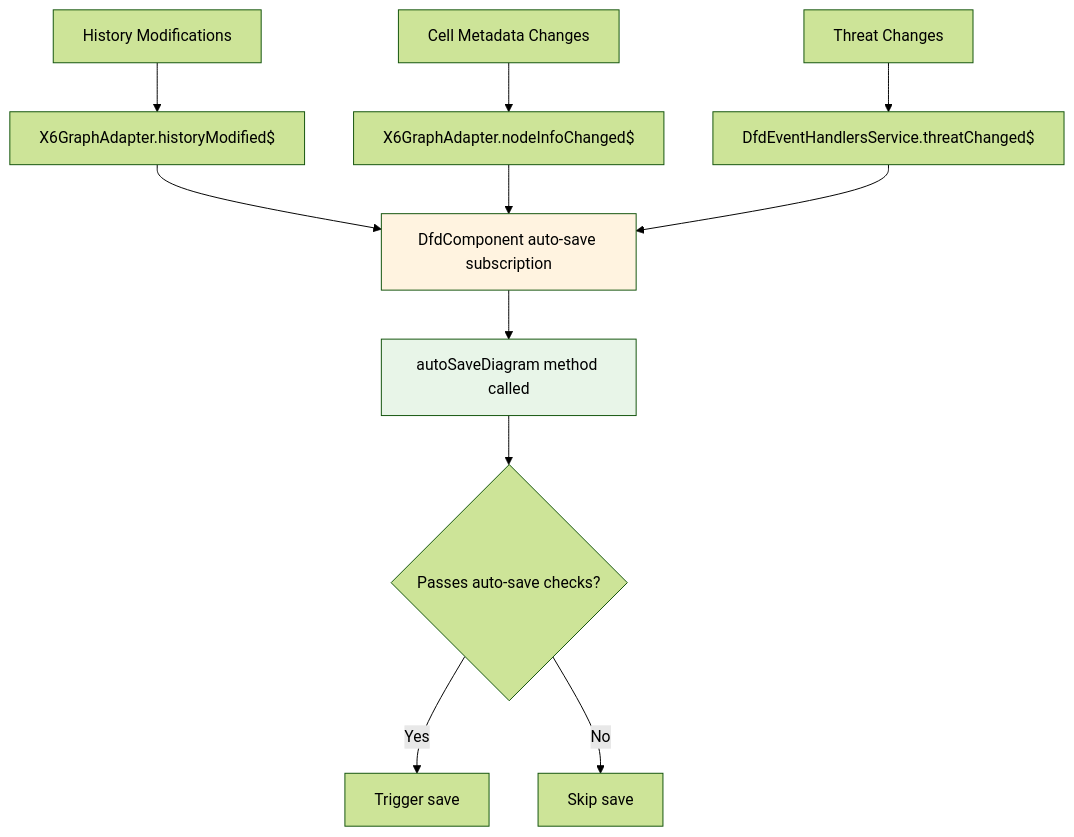
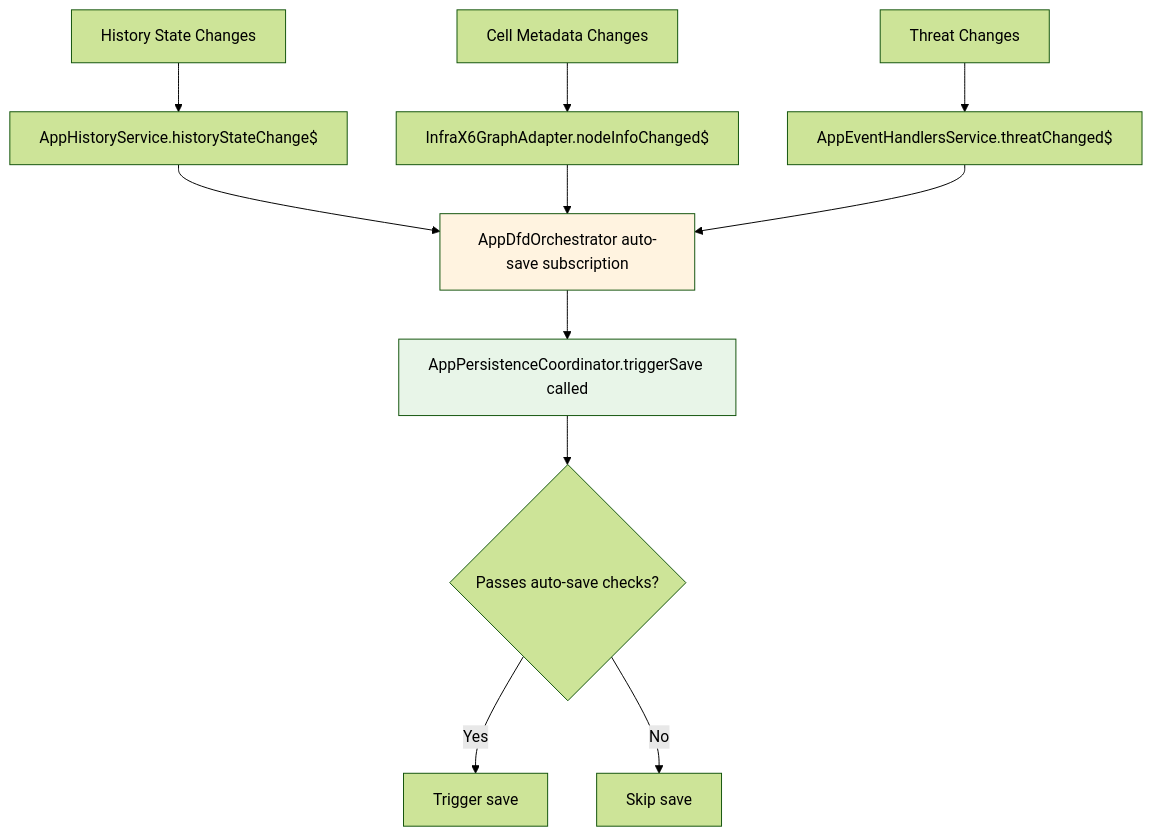
Before and after one commit to ericfitz/tmi-ux: the second of 15 diagrams in docs/migrated/reference/architecture/dfd-change-propagation/autosave-decision-tree.md, drawn with Mermaid (forest theme). The commit also changed other lines of this file and 1 other file, not shown here.

First line of the commit message:
docs: verify and migrate DFD integration test plan to wiki

````diff
--- a/docs/migrated/reference/architecture/dfd-change-propagation/autosave-decision-tree.md
+++ b/docs/migrated/reference/architecture/dfd-change-propagation/autosave-decision-tree.md
@@ -47,18 +50,18 @@
 ```mermaid
 flowchart TD
-    A[History Modifications] --> B[X6GraphAdapter.historyModified$]
-    C[Cell Metadata Changes] --> D[X6GraphAdapter.nodeInfoChanged$]
-    E[Threat Changes] --> F[DfdEventHandlersService.threatChanged$]
+    A[History State Changes] --> B[AppHistoryService.historyStateChange$]
+    C[Cell Metadata Changes] --> D[InfraX6GraphAdapter.nodeInfoChanged$]
+    E[Threat Changes] --> F[AppEventHandlersService.threatChanged$]
 
-    B --> G[DfdComponent auto-save subscription]
+    B --> G[AppDfdOrchestrator auto-save subscription]
     D --> G
     F --> G
 
-    G --> H[autoSaveDiagram method called]
+    G --> H[AppPersistenceCoordinator.triggerSave called]
     H --> I{Passes auto-save checks?}
     I -->|Yes| J[Trigger save]
     I -->|No| K[Skip save]
 
     style G fill:#fff3e0
     style H fill:#e8f5e8
 ```
````
